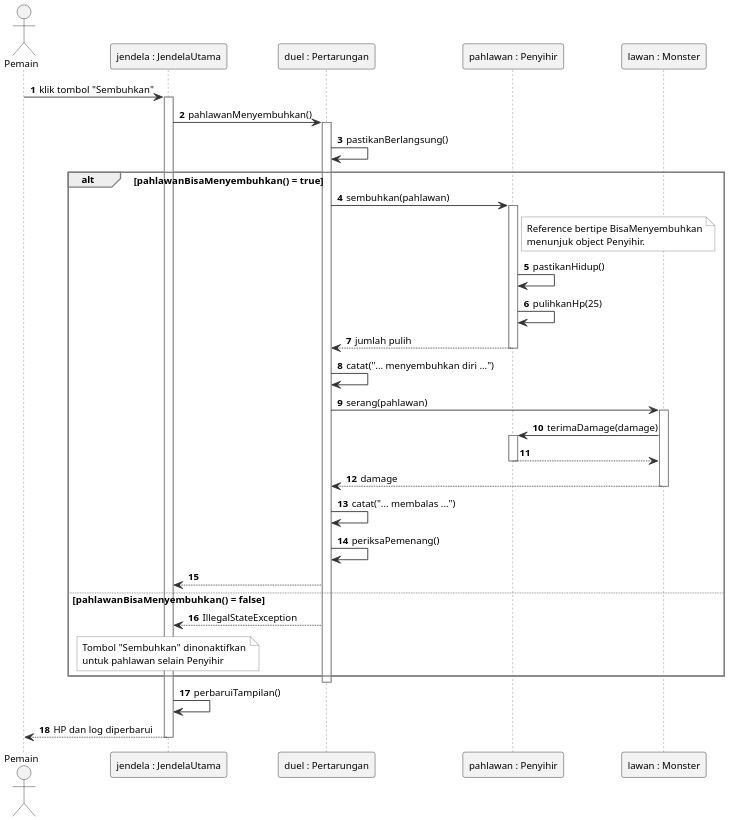
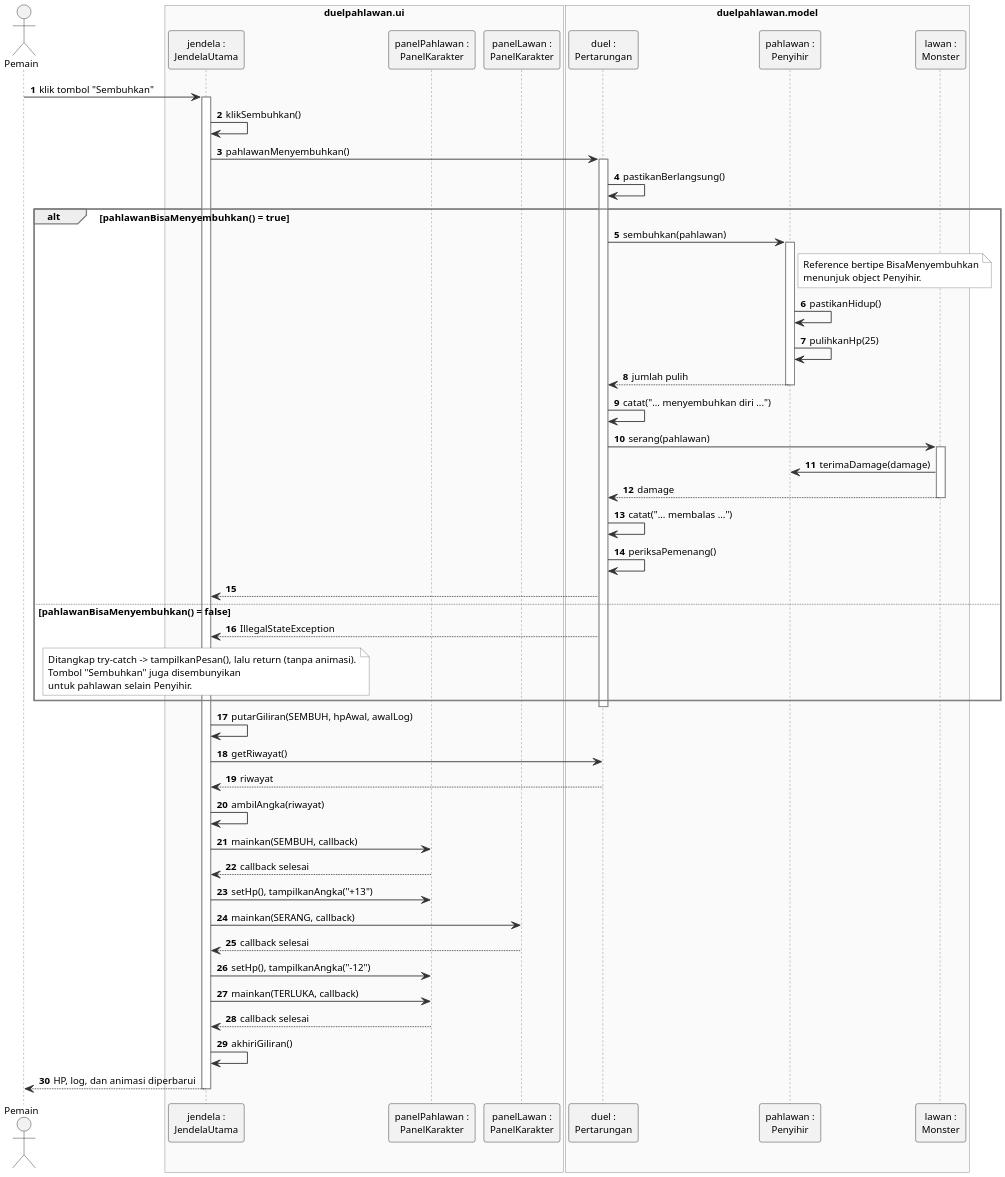
One commit to DevinRafa/hero-duel changed the diagram in docs/diagram/05_seq_sembuhkan.puml. Above: the diagram before and after it, drawn with PlantUML. The commit also changed 6 other files, not shown here.

First line of the commit message:
Sync class and sequence diagrams with the final ui classes

```diff
--- a/docs/diagram/05_seq_sembuhkan.puml
+++ b/docs/diagram/05_seq_sembuhkan.puml
@@ -1,63 +1,84 @@
 @startuml
 skinparam dpi 200
 skinparam shadowing false
 skinparam defaultFontName Arial
 skinparam defaultFontSize 11
 skinparam ArrowColor #333333
 skinparam SequenceLifeLineBorderColor #7F7F7F
 skinparam SequenceGroupBorderColor #7F7F7F
+skinparam SequenceBoxBorderColor #7F7F7F
+skinparam SequenceBoxBackgroundColor #FAFAFA
 skinparam ParticipantBorderColor #262626
 skinparam ParticipantBackgroundColor #F2F2F2
 skinparam ActorBorderColor #262626
 skinparam ActorBackgroundColor #F2F2F2
 skinparam NoteBackgroundColor #FFFFFF
 skinparam NoteBorderColor #7F7F7F
 skinparam SequenceMessageAlignment left
 skinparam sequenceArrowThickness 1
 autonumber "<b>0"
 
 actor "Pemain" as Pemain
-participant "jendela : JendelaUtama" as UI
-participant "duel : Pertarungan" as P
-participant "pahlawan : Penyihir" as H
-participant "lawan : Monster" as M
+box "duelpahlawan.ui"
+participant "jendela :\nJendelaUtama" as UI
+participant "panelPahlawan :\nPanelKarakter" as PP
+participant "panelLawan :\nPanelKarakter" as PL
+end box
+box "duelpahlawan.model"
+participant "duel :\nPertarungan" as P
+participant "pahlawan :\nPenyihir" as H
+participant "lawan :\nMonster" as M
+end box
 
 Pemain -> UI : klik tombol "Sembuhkan"
 activate UI
+UI -> UI : klikSembuhkan()
 UI -> P : pahlawanMenyembuhkan()
 activate P
 P -> P : pastikanBerlangsung()
-
 alt pahlawanBisaMenyembuhkan() = true
   P -> H : sembuhkan(pahlawan)
   activate H
   note right of H
     Reference bertipe BisaMenyembuhkan
     menunjuk object Penyihir.
   end note
   H -> H : pastikanHidup()
   H -> H : pulihkanHp(25)
   H --> P : jumlah pulih
   deactivate H
   P -> P : catat("... menyembuhkan diri ...")
   P -> M : serang(pahlawan)
   activate M
   M -> H : terimaDamage(damage)
-  activate H
-  H --> M
-  deactivate H
   M --> P : damage
   deactivate M
   P -> P : catat("... membalas ...")
   P -> P : periksaPemenang()
   P --> UI
 else pahlawanBisaMenyembuhkan() = false
   P --> UI : IllegalStateException
-  note over UI : Tombol "Sembuhkan" dinonaktifkan\nuntuk pahlawan selain Penyihir
+  note over UI
+    Ditangkap try-catch -> tampilkanPesan(), lalu return (tanpa animasi).
+    Tombol "Sembuhkan" juga disembunyikan
+    untuk pahlawan selain Penyihir.
+  end note
 end
 deactivate P
 
-UI -> UI : perbaruiTampilan()
-UI --> Pemain : HP dan log diperbarui
+UI -> UI : putarGiliran(SEMBUH, hpAwal, awalLog)
+UI -> P : getRiwayat()
+P --> UI : riwayat
+UI -> UI : ambilAngka(riwayat)
+UI -> PP : mainkan(SEMBUH, callback)
+PP --> UI : callback selesai
+UI -> PP : setHp(), tampilkanAngka("+13")
+UI -> PL : mainkan(SERANG, callback)
+PL --> UI : callback selesai
+UI -> PP : setHp(), tampilkanAngka("-12")
+UI -> PP : mainkan(TERLUKA, callback)
+PP --> UI : callback selesai
+UI -> UI : akhiriGiliran()
+UI --> Pemain : HP, log, dan animasi diperbarui
 deactivate UI
 @enduml
```
